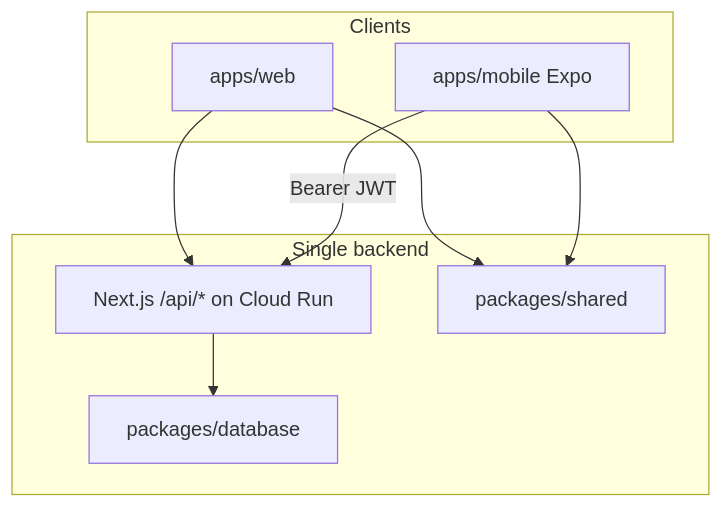
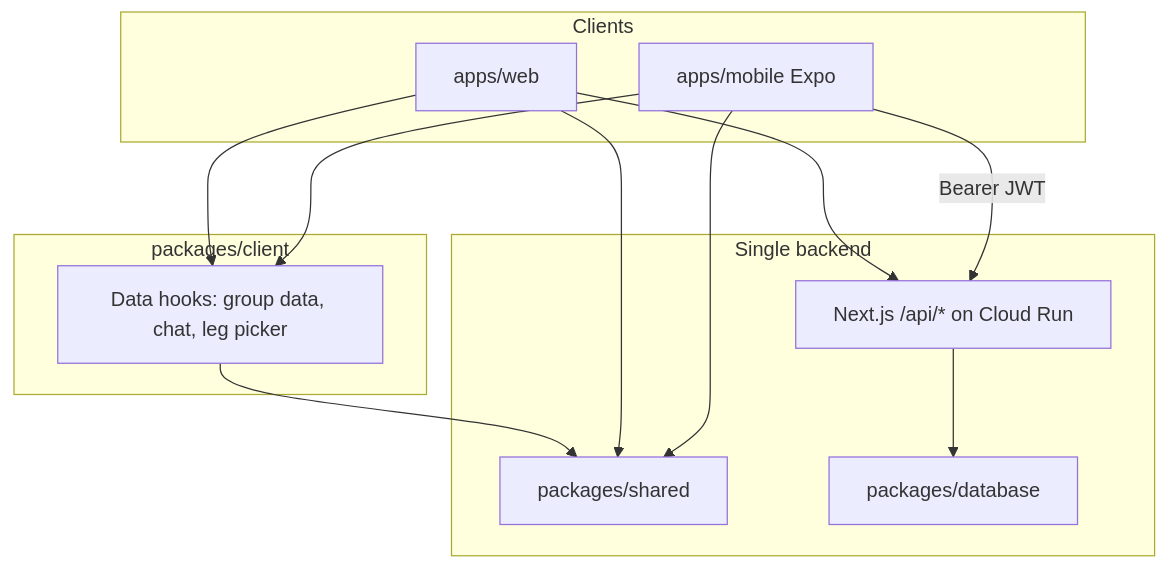
Before and after one commit to DanScreen/the-syndicate: the diagram in docs/specs/mobile-apps.md, drawn with Mermaid. The commit also changed other lines of this file and 8 other files, not shown here.

First line of the commit message:
Document the shared client layer and the parity changes

````diff
--- a/docs/specs/mobile-apps.md
+++ b/docs/specs/mobile-apps.md
@@ -30,17 +30,23 @@
 ```mermaid
 flowchart TB
   subgraph clients [Clients]
     Web[apps/web]
     Mobile[apps/mobile Expo]
   end
   subgraph backend [Single backend]
     API["Next.js /api/* on Cloud Run"]
     Shared[packages/shared]
     DB[packages/database]
   end
   Web --> API
   Mobile -->|"Bearer JWT"| API
+  subgraph clientpkg [packages/client]
+    Hooks["Data hooks: group data, chat, leg picker"]
+  end
+  Web --> Hooks
+  Mobile --> Hooks
+  Hooks --> Shared
   Web --> Shared
   Mobile --> Shared
   API --> DB
 ```
````
